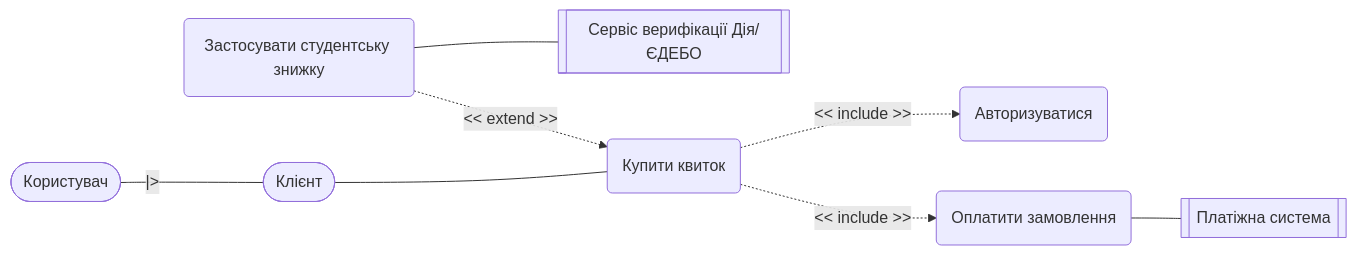
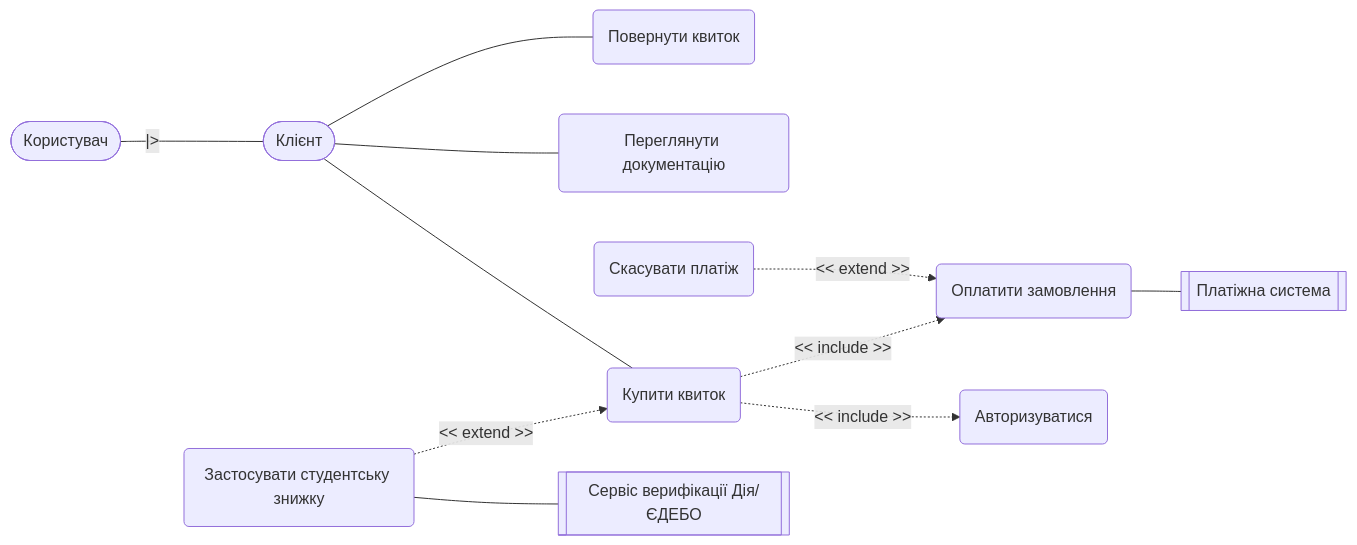
Before and after one commit to Cheburek534/KPI2_labs: the diagram in Lab2/use-case.mmd, drawn with Mermaid.

Commit message:
Update use-case diagram(AI)

```diff
--- a/Lab2/use-case.mmd
+++ b/Lab2/use-case.mmd
@@ -1,25 +1,31 @@
 flowchart LR
     %% Актори
     User([Користувач])
     Client([Клієнт])
     PaySys[[Платіжна система]]
     VerSys[[Сервіс верифікації Дія/ЄДЕБО]]
 
     %% Узагальнення акторів
     User -- "|> " --- Client
 
     %% Прецеденти
     UC1(Купити квиток)
     UC2(Авторизуватися)
     UC3(Оплатити замовлення)
     UC4(Застосувати студентську знижку)
+    UC5(Скасувати платіж)
+    UC6(Переглянути документацію)
+    UC7(Повернути квиток)
 
     %% Взаємодія акторів із системою
     Client --- UC1
+    Client --- UC6
+    Client --- UC7
     UC3 --- PaySys
     UC4 --- VerSys
 
     %% Залежності Include та Extend
     UC1 -. "<< include >>" .-> UC2
     UC1 -. "<< include >>" .-> UC3
     UC4 -. "<< extend >>" .-> UC1
+    UC5 -. "<< extend >>" .-> UC3
```
